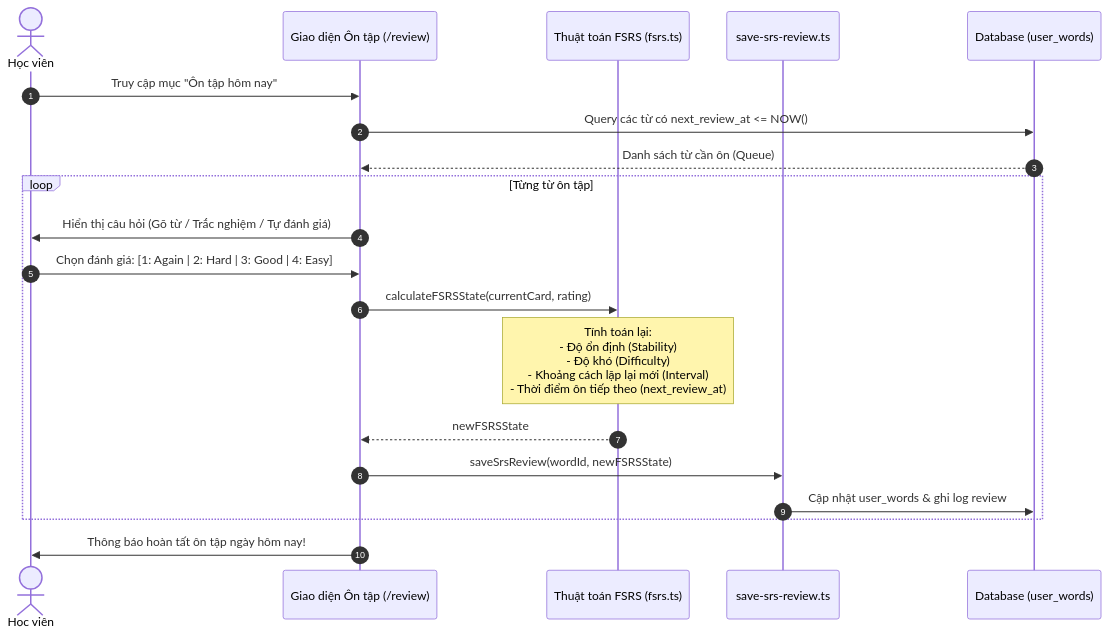
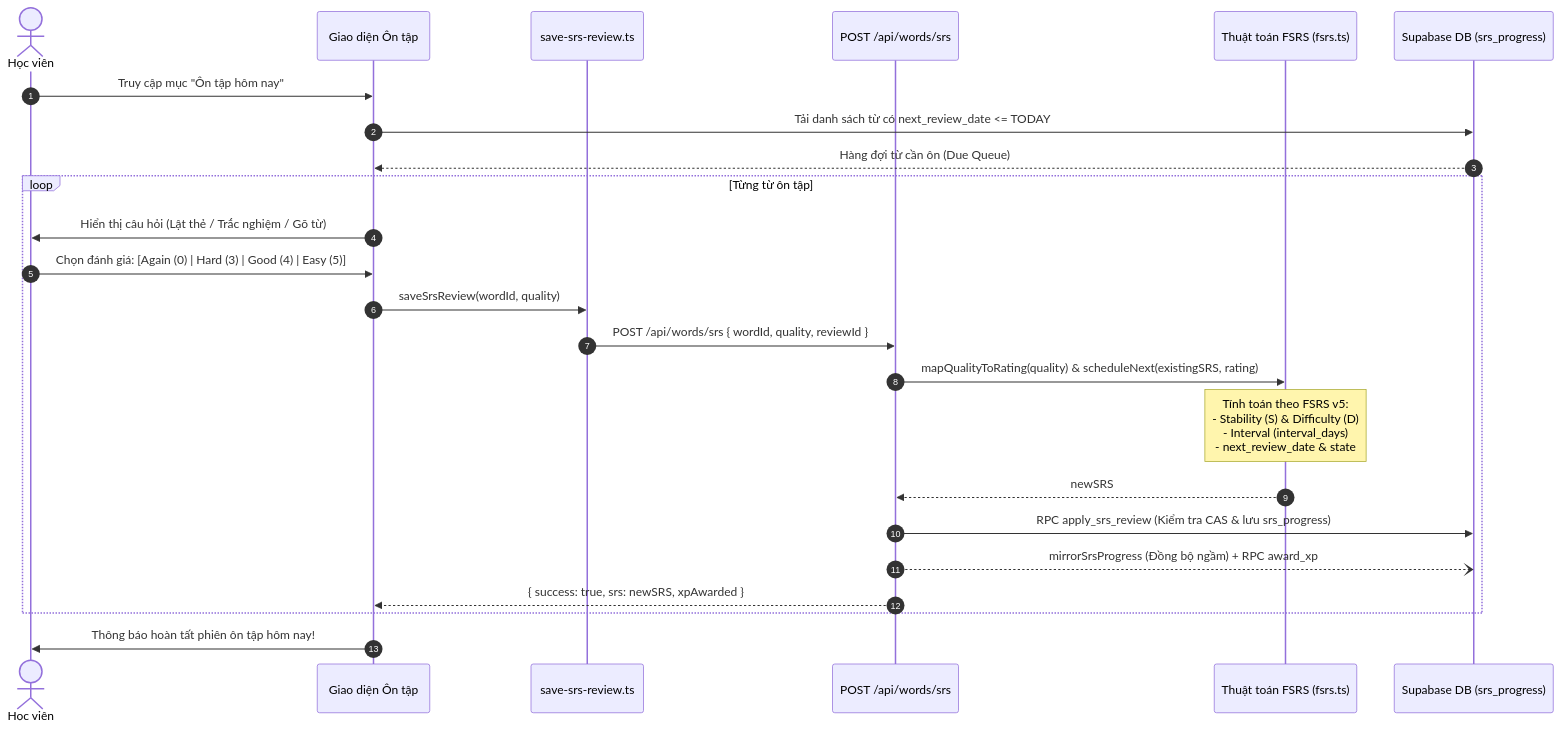
One commit to FengProfessor/Vocab changed the third of 3 diagrams in agent/docs/SRS_02_VOCAB_SRS_FSRS.md. Above: the diagram before and after it, drawn with Mermaid. The commit also changed other lines of this file and 15 other files, not shown here.

Commit message:
docs(srs): complete 15 full-project SRS use cases and flow limitation audit

````diff
--- a/agent/docs/SRS_02_VOCAB_SRS_FSRS.md
+++ b/agent/docs/SRS_02_VOCAB_SRS_FSRS.md
@@ -107,23 +120,27 @@
 ```mermaid
 sequenceDiagram
     autonumber
     actor Student as Học viên
-    participant ReviewUI as Giao diện Ôn tập (/review)
+    participant ReviewUI as Giao diện Ôn tập
+    participant SaveHelper as save-srs-review.ts
+    participant SrsAPI as POST /api/words/srs
     participant FSRS as Thuật toán FSRS (fsrs.ts)
-    participant SaveReview as save-srs-review.ts
-    participant DB as Database (user_words)
+    participant DB as Supabase DB (srs_progress)
 
     Student->>ReviewUI: Truy cập mục "Ôn tập hôm nay"
-    ReviewUI->>DB: Query các từ có next_review_at <= NOW()
-    DB-->>ReviewUI: Danh sách từ cần ôn (Queue)
+    ReviewUI->>DB: Tải danh sách từ có next_review_date <= TODAY
+    DB-->>ReviewUI: Hàng đợi từ cần ôn (Due Queue)
     loop Từng từ ôn tập
-        ReviewUI->>Student: Hiển thị câu hỏi (Gõ từ / Trắc nghiệm / Tự đánh giá)
-        Student->>ReviewUI: Chọn đánh giá: [1: Again | 2: Hard | 3: Good | 4: Easy]
-        ReviewUI->>FSRS: calculateFSRSState(currentCard, rating)
-        Note over FSRS: Tính toán lại:<br/>- Độ ổn định (Stability)<br/>- Độ khó (Difficulty)<br/>- Khoảng cách lặp lại mới (Interval)<br/>- Thời điểm ôn tiếp theo (next_review_at)
-        FSRS-->>ReviewUI: newFSRSState
-        ReviewUI->>SaveReview: saveSrsReview(wordId, newFSRSState)
-        SaveReview->>DB: Cập nhật user_words & ghi log review
+        ReviewUI->>Student: Hiển thị câu hỏi (Lật thẻ / Trắc nghiệm / Gõ từ)
+        Student->>ReviewUI: Chọn đánh giá: [Again (0) | Hard (3) | Good (4) | Easy (5)]
+        ReviewUI->>SaveHelper: saveSrsReview(wordId, quality)
+        SaveHelper->>SrsAPI: POST /api/words/srs { wordId, quality, reviewId }
+        SrsAPI->>FSRS: mapQualityToRating(quality) & scheduleNext(existingSRS, rating)
+        Note over FSRS: Tính toán theo FSRS v5:<br/>- Stability (S) & Difficulty (D)<br/>- Interval (interval_days)<br/>- next_review_date & state
+        FSRS-->>SrsAPI: newSRS
+        SrsAPI->>DB: RPC apply_srs_review (Kiểm tra CAS & lưu srs_progress)
+        SrsAPI--)DB: mirrorSrsProgress (Đồng bộ ngầm) + RPC award_xp
+        SrsAPI-->>ReviewUI: { success: true, srs: newSRS, xpAwarded }
     end
-    ReviewUI->>Student: Thông báo hoàn tất ôn tập ngày hôm nay!
+    ReviewUI->>Student: Thông báo hoàn tất phiên ôn tập hôm nay!
 ```
````
